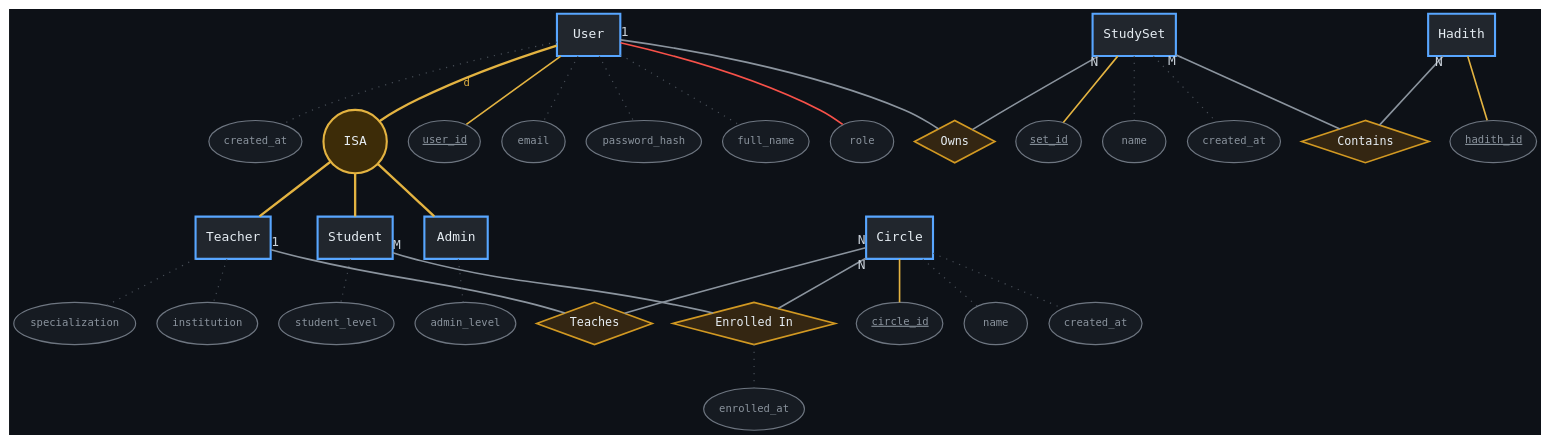
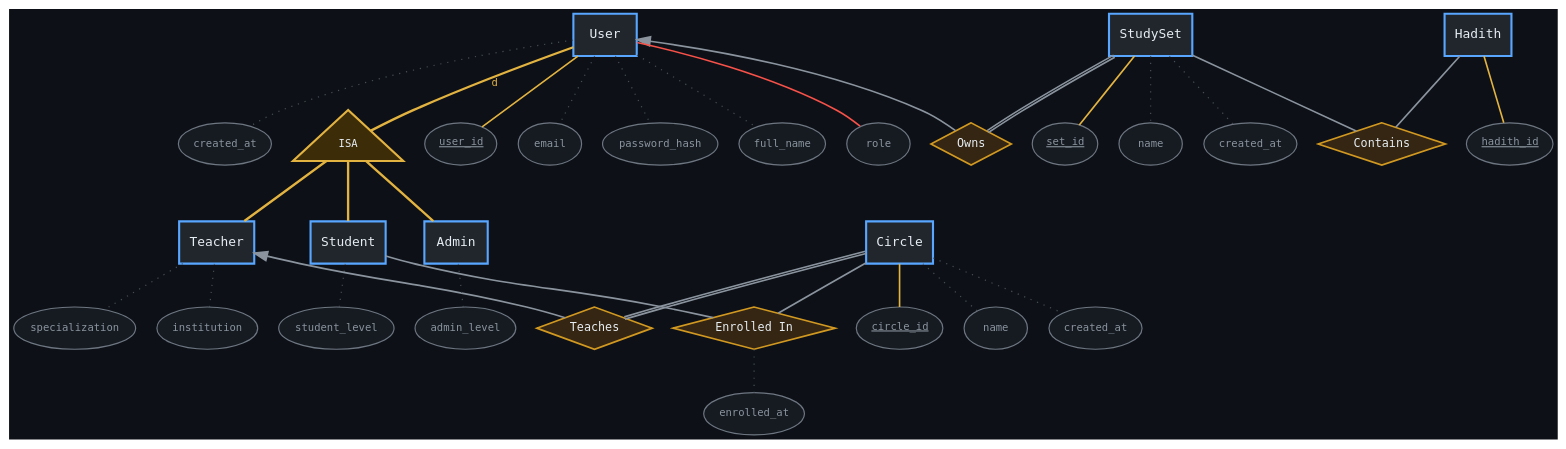
The diagram in docs/erd/chen/users.dot (Kamrulhasan12345/ilham), drawn with Graphviz before and after one commit. The commit also changed 55 other files, not shown here.

```diff
--- a/docs/erd/chen/users.dot
+++ b/docs/erd/chen/users.dot
@@ -1,87 +1,94 @@
-graph ERD_Users {
+digraph ERD_Users {
     bgcolor="#0D1117";
     splines=spline;
     overlap=prism;
     sep="+8";
     esep="+4";
     K=1.1;
     graph [fontname="DejaVu Sans Mono", fontcolor="#C9D1D9"];
     node [fontname="DejaVu Sans Mono", fontsize=11];
-    edge [fontname="DejaVu Sans Mono", fontsize=9, color="#8B949E", fontcolor="#C9D1D9"];
+    // Cardinality is carried by arrowheads, not 1/N labels. The arrow points at
+    // the "one" side: filled = exactly one, hollow = at most one, none = many.
+    // Written `Entity -> Relationship`, so the head lands on the tail (dir=back).
+    // dir=none is the graph-level default -- attribute and ISA edges stay plain.
+    edge [fontname="DejaVu Sans Mono", fontsize=9, color="#8B949E", fontcolor="#C9D1D9", dir=none, arrowsize=1.1];
 
     // Entity boxes
     node [shape=box, style="filled,bold", penwidth=1.8, fillcolor="#21262D", color="#58A6FF", fontcolor="#E6EDF3"];
     User; Student; Teacher; Admin; Circle; StudySet; Hadith;
 
-    // ISA circle — declared inline. Never set `label` in a `node [...]` default:
+    // ISA triangle — declared inline. Never set `label` in a `node [...]` default:
     // it leaks to every bare-declared node that follows.
-    isa_user [shape=circle, fixedsize=true, width=0.75, style=filled,
-              fillcolor="#3D2C08", color="#E3B341", fontcolor="#E6EDF3", label="ISA"];
+    // fixedsize keeps the apex from ballooning: a free-sized triangle pads the
+    // label out to the full base width and dwarfs the entities around it.
+    isa_user [shape=triangle, fixedsize=true, width=1.3, height=0.8, fontsize=9,
+              style=filled, fillcolor="#3D2C08", color="#E3B341", fontcolor="#E6EDF3",
+              label="ISA"];
 
     // Relationship diamonds
     node [shape=diamond, style=filled, fillcolor="#342612", color="#D29922", penwidth=1.4, fontsize=10, fontcolor="#E6EDF3"];
     Teaches         [label="Teaches"];
     EnrolledIn      [label="Enrolled In"];
     Owns            [label="Owns"];
     Contains_SetHad [label="Contains"];
 
     // Attribute ellipses
     node [shape=ellipse, style="filled", fillcolor="#161B22", color="#6E7681", penwidth=1, fontsize=9, fontcolor="#8B949E"];
     user_id [label=<<U>user_id</U>>];
     email;
     password_hash;
     full_name;
     role;
     created_at;
     student_level;
     institution;
     specialization;
     admin_level;
     enrolled_at;
     circle_id [label=<<U>circle_id</U>>];
     circle_name [label="name"];
     circ_created [label="created_at"];
     set_id [label=<<U>set_id</U>>];
     set_name [label="name"];
     set_created [label="created_at"];
     hadith_id [label=<<U>hadith_id</U>>];
 
     // Attribute edges — gold solid = key, grey dotted = ordinary
     edge [color="#484F58", style=dotted];
-    User -- user_id [color="#E3B341", style=solid, penwidth=1.4];
-    User -- email;
-    User -- password_hash;
-    User -- full_name;
-    User -- role [color="#F85149", style=solid, penwidth=1.4];   // ISA discriminator
-    User -- created_at;
-    Student -- student_level;
-    Teacher -- institution;
-    Teacher -- specialization;
-    Admin -- admin_level;
-    EnrolledIn -- enrolled_at;
-    Circle -- circle_id [color="#E3B341", style=solid, penwidth=1.4];
-    Circle -- circle_name;
-    Circle -- circ_created;
-    StudySet -- set_id [color="#E3B341", style=solid, penwidth=1.4];
-    StudySet -- set_name;
-    StudySet -- set_created;
-    Hadith -- hadith_id [color="#E3B341", style=solid, penwidth=1.4];
+    User -> user_id [color="#E3B341", style=solid, penwidth=1.4];
+    User -> email;
+    User -> password_hash;
+    User -> full_name;
+    User -> role [color="#F85149", style=solid, penwidth=1.4];   // ISA discriminator
+    User -> created_at;
+    Student -> student_level;
+    Teacher -> institution;
+    Teacher -> specialization;
+    Admin -> admin_level;
+    EnrolledIn -> enrolled_at;
+    Circle -> circle_id [color="#E3B341", style=solid, penwidth=1.4];
+    Circle -> circle_name;
+    Circle -> circ_created;
+    StudySet -> set_id [color="#E3B341", style=solid, penwidth=1.4];
+    StudySet -> set_name;
+    StudySet -> set_created;
+    Hadith -> hadith_id [color="#E3B341", style=solid, penwidth=1.4];
 
     // ISA edges — d = disjoint, carried on the supertype edge
     edge [color="#E3B341", style=solid, penwidth=2, fontcolor="#E3B341"];
-    User -- isa_user [label="d"];
-    isa_user -- Student;
-    isa_user -- Teacher;
-    isa_user -- Admin;
+    User -> isa_user [label="d"];
+    isa_user -> Student;
+    isa_user -> Teacher;
+    isa_user -> Admin;
 
     // Relationships
     edge [color="#8B949E", style=solid, fontsize=11, fontcolor="#C9D1D9", penwidth=1.4];
-    Teacher -- Teaches [taillabel="1"];
-    Circle  -- Teaches [taillabel="N"];
-    Student -- EnrolledIn [taillabel="M"];
-    Circle  -- EnrolledIn [taillabel="N"];
-    User     -- Owns [taillabel="1"];
-    StudySet -- Owns [taillabel="N"];
-    StudySet -- Contains_SetHad [taillabel="M"];
-    Hadith   -- Contains_SetHad [taillabel="N"];
+    Teacher -> Teaches [dir=back, arrowtail=normal];
+    Circle  -> Teaches [color="#8B949E:#8B949E"];
+    Student -> EnrolledIn;
+    Circle  -> EnrolledIn;
+    User     -> Owns [dir=back, arrowtail=normal];
+    StudySet -> Owns [color="#8B949E:#8B949E"];
+    StudySet -> Contains_SetHad;
+    Hadith   -> Contains_SetHad;
 }
```
